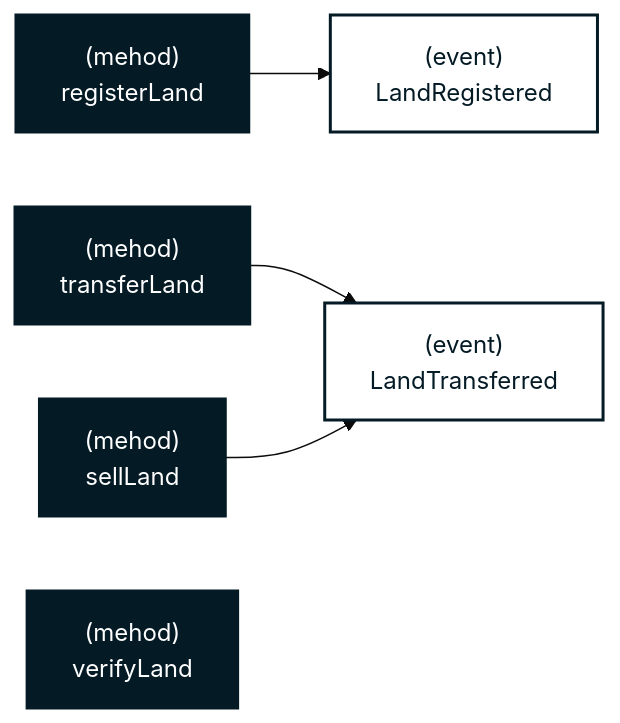
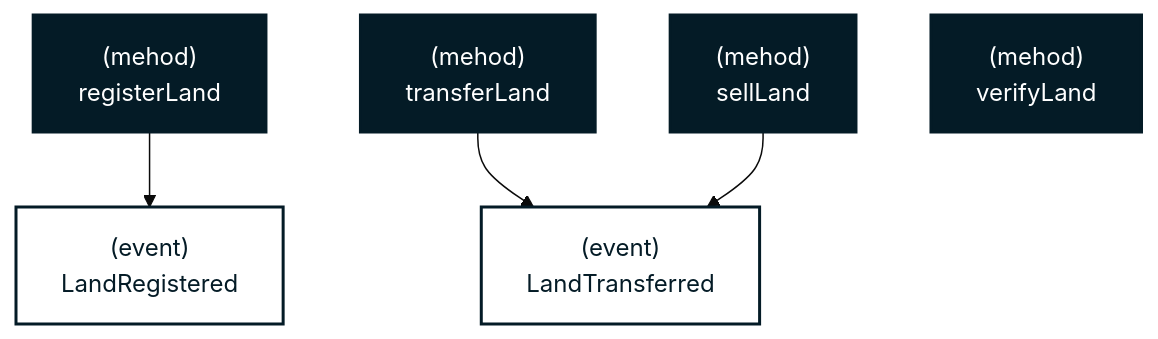
One commit to block-foundation/solidity-land-registry changed the diagram in README.md. Above: the diagram before and after it, drawn with Mermaid (base theme).

````diff
--- a/README.md
+++ b/README.md
@@ -120,26 +120,26 @@
 ``` mermaid
-flowchart LR
+flowchart TD
 
     registerLand["(mehod)
     registerLand"]:::class_dark
     transferLand["(mehod)
     transferLand"]:::class_dark
     sellLand["(mehod)
     sellLand"]:::class_dark
     verifyLand["(mehod)
     verifyLand"]:::class_dark
 
     LandRegistered["(event)
     LandRegistered"]:::class_light
     LandTransferred["(event)
     LandTransferred"]:::class_light
 
     registerLand --> LandRegistered
     transferLand --> LandTransferred
     sellLand --> LandTransferred
 
     classDef class_light fill:#FFFFFF,color:#041B26,stroke:#041B26,stroke-width:2px;
     classDef class_neutral fill:#E1E4E5,color:#041B26,stroke:#041B26,stroke-width:2px;
     classDef class_dark fill:#041B26,color:#FFFFFF,stroke:#041B26,stroke-width:2px;
 
 ```
````
